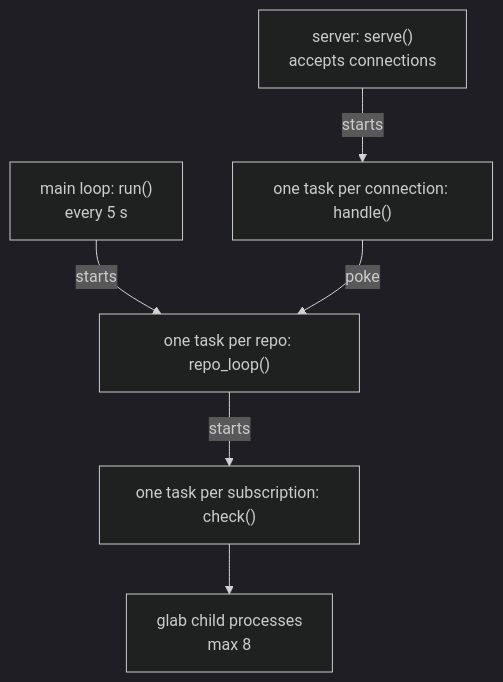
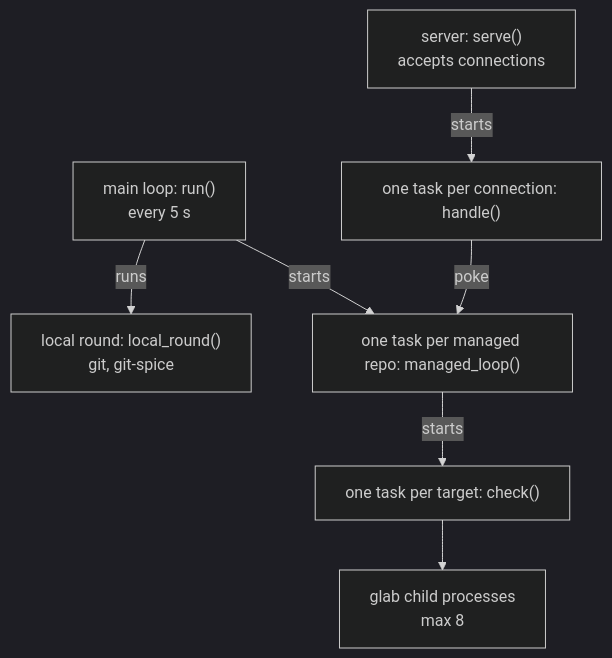
The third of 3 diagrams in dot_config/agents/daemon/README.md (AlexKrupa/.dotfiles), drawn with Mermaid (dark theme) before and after one commit. The commit also changed other lines of this file and 23 other files, not shown here.

````diff
--- a/dot_config/agents/daemon/README.md
+++ b/dot_config/agents/daemon/README.md
@@ -71,14 +96,16 @@
 ```mermaid
 flowchart TB
   main["main loop: run()<br/>every 5 s"]
+  local["local round: local_round()<br/>git, git-spice"]
   serve["server: serve()<br/>accepts connections"]
   handle["one task per connection: handle()"]
-  repo["one task per repo: repo_loop()"]
-  check["one task per subscription: check()"]
+  managed["one task per managed repo: managed_loop()"]
+  check["one task per target: check()"]
   glab["glab child processes<br/>max 8"]
-  main -->|"starts"| repo
+  main -->|"runs"| local
+  main -->|"starts"| managed
   serve -->|"starts"| handle
-  handle -->|"poke"| repo
-  repo -->|"starts"| check
+  handle -->|"poke"| managed
+  managed -->|"starts"| check
   check --> glab
 ```
````
